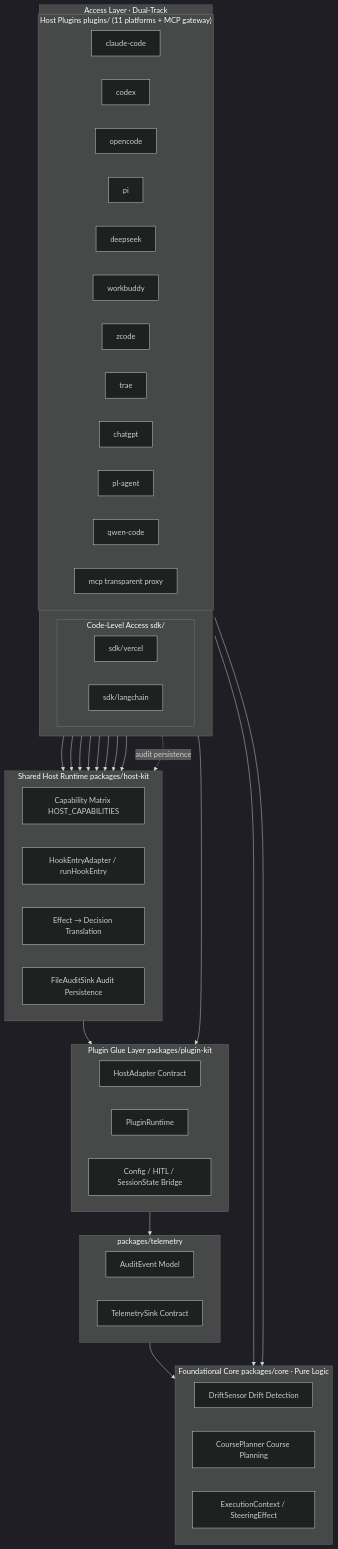
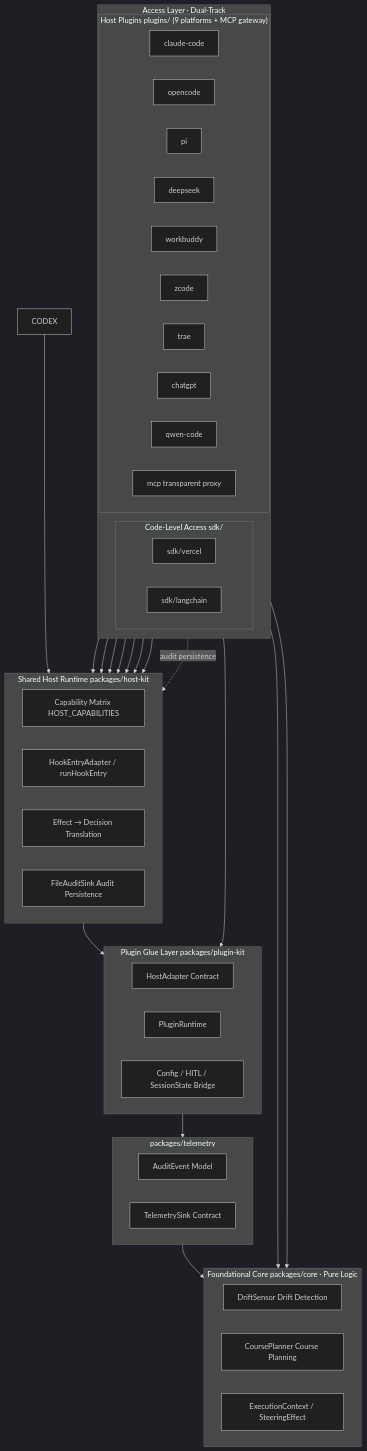
One commit to chaos-design/arcs changed the first of 2 diagrams in README.md. Above: the diagram before and after it, drawn with Mermaid (dark theme). The commit also changed other lines of this file and 64 other files, not shown here.

````diff
--- a/README.md
+++ b/README.md
@@ -66,60 +66,58 @@
 ```mermaid
 flowchart TB
   subgraph L1["Access Layer · Dual-Track"]
     direction LR
     subgraph SDK["Code-Level Access sdk/"]
       SV["sdk/vercel"]
       SL["sdk/langchain"]
     end
-    subgraph PL["Host Plugins plugins/ (11 platforms + MCP gateway)"]
+    subgraph PL["Host Plugins plugins/ (9 platforms + MCP gateway)"]
       CC["claude-code"]
-      CODEX["codex"]
       OC["opencode"]
       PI["pi"]
       DS["deepseek"]
       WB["workbuddy"]
       ZC["zcode"]
       TR["trae"]
       CG["chatgpt"]
-      PA["pl-agent"]
       QC["qwen-code"]
       MCP["mcp transparent proxy"]
     end
   end
   subgraph HK["Shared Host Runtime packages/host-kit"]
     CAP["Capability Matrix HOST_CAPABILITIES"]
     HOOK["HookEntryAdapter / runHookEntry"]
     DEC["Effect → Decision Translation"]
     AUDIT["FileAuditSink Audit Persistence"]
   end
   subgraph KIT["Plugin Glue Layer packages/plugin-kit"]
     HA["HostAdapter Contract"]
     RT["PluginRuntime"]
     BR["Config / HITL / SessionState Bridge"]
   end
   subgraph TELE["packages/telemetry"]
     AE["AuditEvent Model"]
     TS["TelemetrySink Contract"]
   end
   subgraph CORE["Foundational Core packages/core · Pure Logic"]
     SENSE["DriftSensor Drift Detection"]
     PLAN["CoursePlanner Course Planning"]
     MODEL["ExecutionContext / SteeringEffect"]
   end
 
   SV --> CORE
   SL --> CORE
   CC --> HK
   CODEX --> HK
   OC --> HK
   PI --> HK
   DS --> HK
   WB --> HK
   ZC --> HK
   TR --> HK
   MCP --> KIT
   MCP -.audit persistence.-> HK
   HK --> KIT
   KIT --> TELE
   TELE --> CORE
 ```
````
